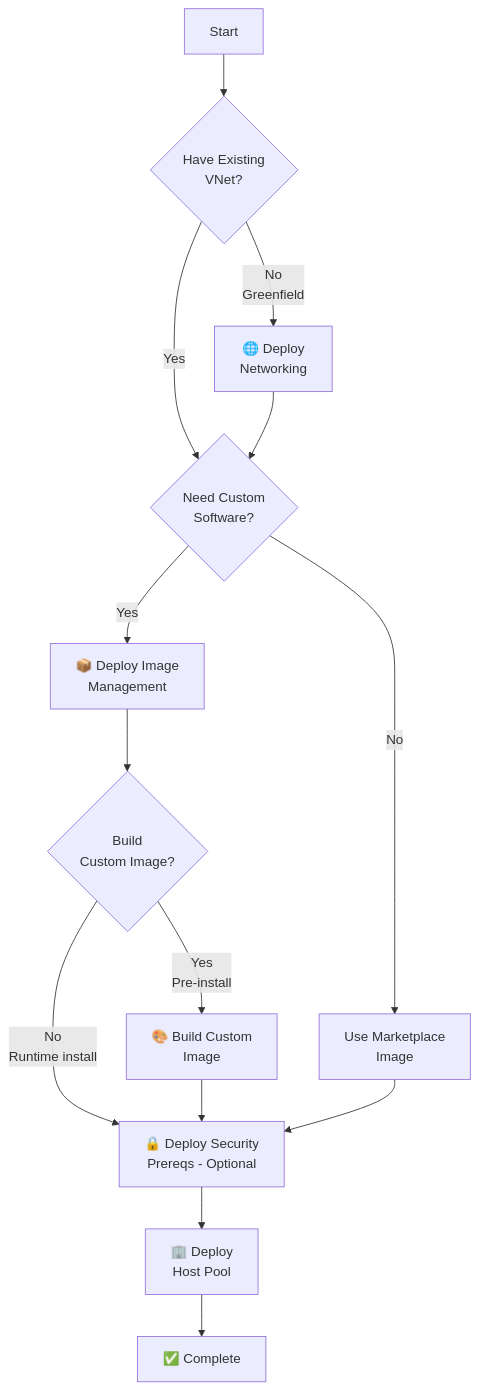
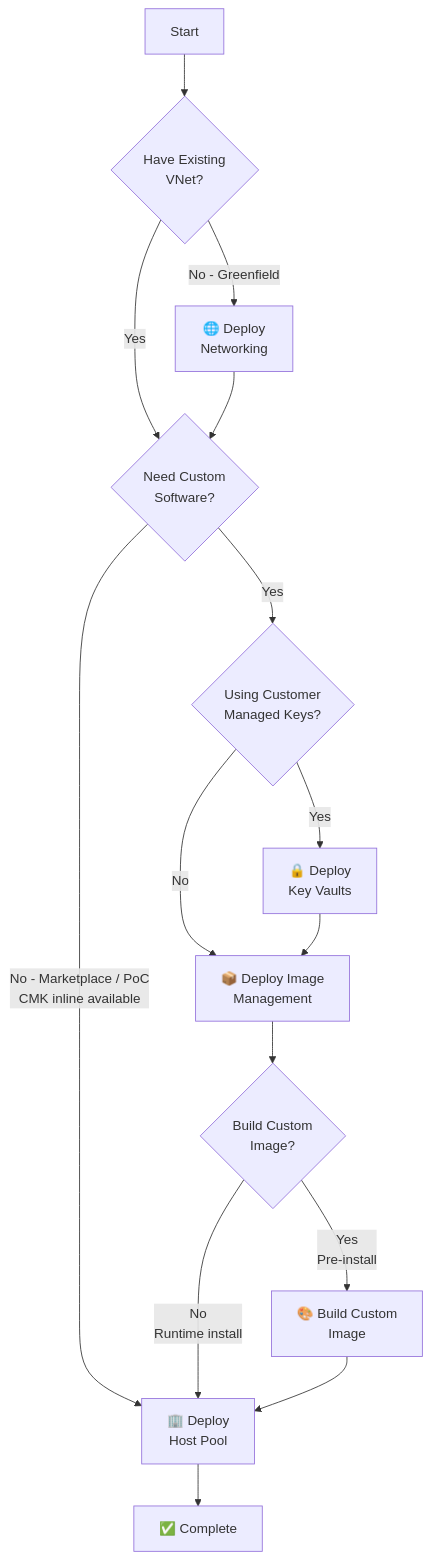
Before and after one commit to Azure/FederalAVD: the diagram in README.md, drawn with Mermaid. The commit also changed other lines of this file and 8 other files, not shown here.

````diff
--- a/README.md
+++ b/README.md
@@ -37,16 +37,17 @@
 ```mermaid
 graph TD
     A[Start] --> B{Have Existing<br/>VNet?}
-    B -->|No<br/>Greenfield| C[🌐 Deploy<br/>Networking]
-    B -->|Yes| D{Need Custom<br/>Software?}
-    C --> D
-    D -->|Yes| E[📦 Deploy Image<br/>Management]
-    D -->|No| F[Use Marketplace<br/>Image]
-    E --> G{Build<br/>Custom Image?}
-    G -->|Yes<br/>Pre-install| H[🎨 Build Custom<br/>Image]
-    G -->|No<br/>Runtime install| SEC
-    H --> SEC
-    F --> SEC
-    SEC[🔒 Deploy Security<br/>Prereqs - Optional] --> I[🏢 Deploy<br/>Host Pool]
-    I --> J[✅ Complete]
+    B -->|No - Greenfield| C[🌐 Deploy<br/>Networking]
+    B -->|Yes| CUST
+    C --> CUST
+    CUST{Need Custom<br/>Software?} -->|No - Marketplace / PoC<br/>CMK inline available| HP
+    CUST -->|Yes| CMK{Using Customer<br/>Managed Keys?}
+    CMK -->|Yes| KV[🔒 Deploy<br/>Key Vaults]
+    CMK -->|No| IMG
+    KV --> IMG[📦 Deploy Image<br/>Management]
+    IMG --> BUILD{Build Custom<br/>Image?}
+    BUILD -->|Yes<br/>Pre-install| IB[🎨 Build Custom<br/>Image]
+    BUILD -->|No<br/>Runtime install| HP
+    IB --> HP[🏢 Deploy<br/>Host Pool]
+    HP --> J[✅ Complete]
 ```
````
